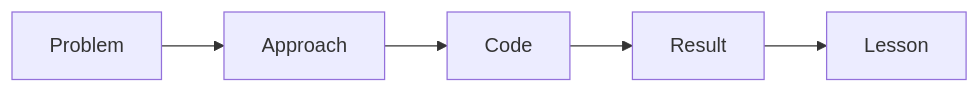
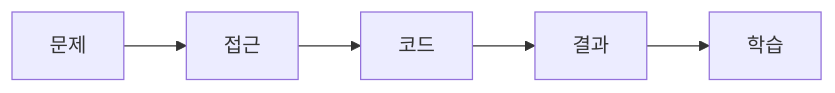
One commit to yeongseon-books/book-content changed the diagram in content/portfolio-project-101/ko/08-summarizing-as-blog-posts.md. Above: the diagram before and after it, drawn with Mermaid. The commit also changed other lines of this file and 4 other files, not shown here.

````diff
--- a/content/portfolio-project-101/ko/08-summarizing-as-blog-posts.md
+++ b/content/portfolio-project-101/ko/08-summarizing-as-blog-posts.md
@@ -33,7 +48,7 @@
 ```mermaid
 flowchart LR
-    P[Problem] --> A[Approach]
-    A --> C[Code]
-    C --> R[Result]
-    R --> L[Lesson]
+    P[문제] --> A[접근]
+    A --> C[코드]
+    C --> R[결과]
+    R --> L[학습]
 ```
````
